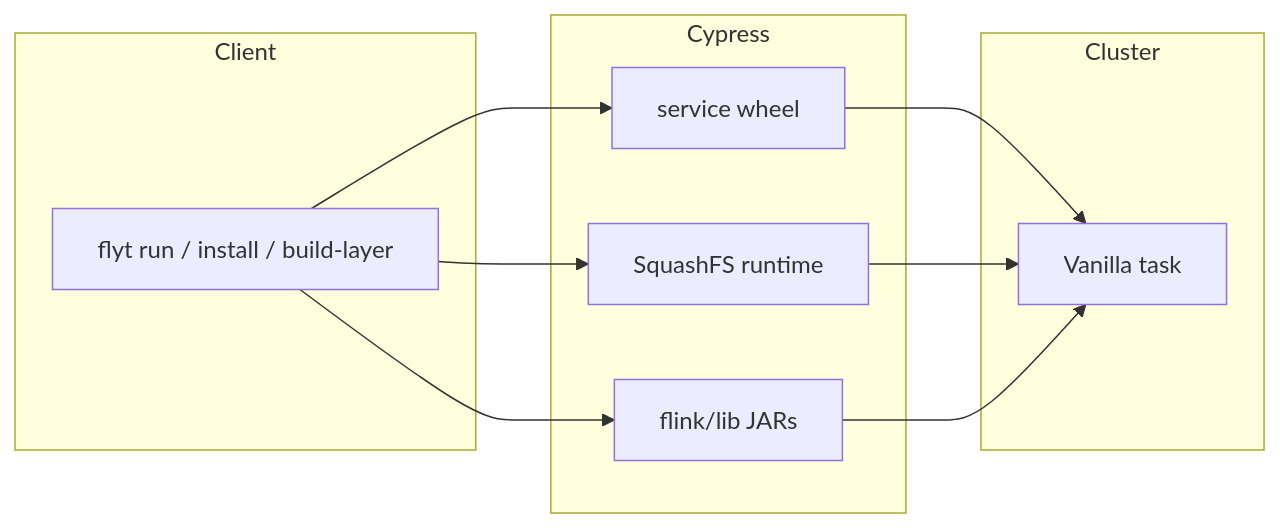
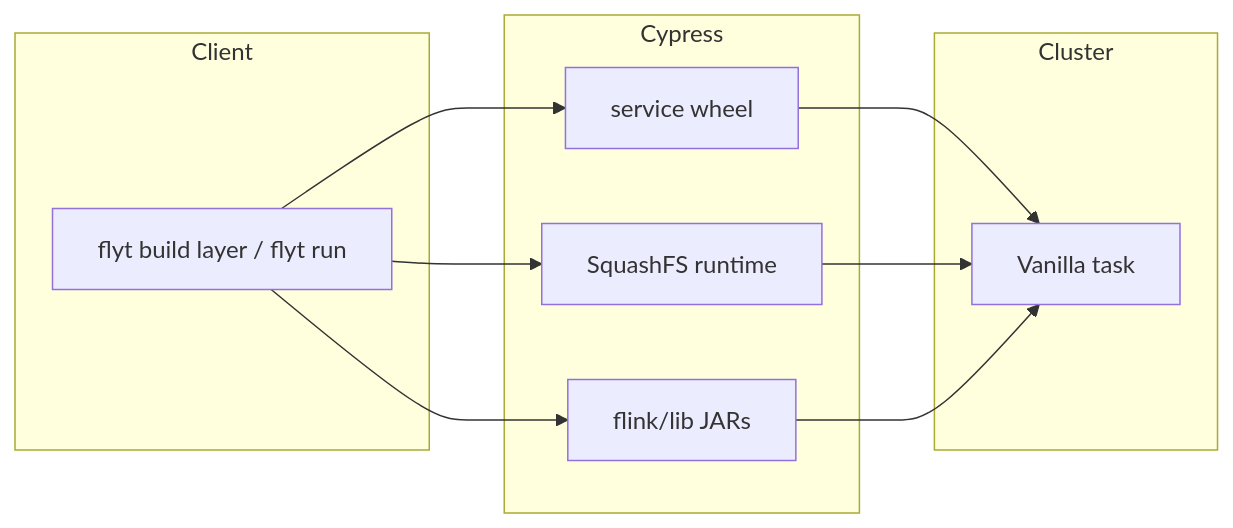
Before and after one commit to ytsaurus/ytsaurus-flyt: the first of 2 diagrams in python/ARCHITECTURE.md, drawn with Mermaid. The commit also changed other lines of this file and 58 other files, not shown here.

````diff
--- a/python/ARCHITECTURE.md
+++ b/python/ARCHITECTURE.md
@@ -13,16 +13,16 @@
 ```mermaid
 flowchart LR
     subgraph Client
-        A[flyt run / install / build-layer]
+        A[flyt build layer / flyt run]
     end
     subgraph Cypress
         W[service wheel]
         R[SquashFS runtime]
         J[flink/lib JARs]
     end
     subgraph Cluster
         V[Vanilla task]
     end
     A --> W & R & J
     W & R & J --> V
 ```
````
